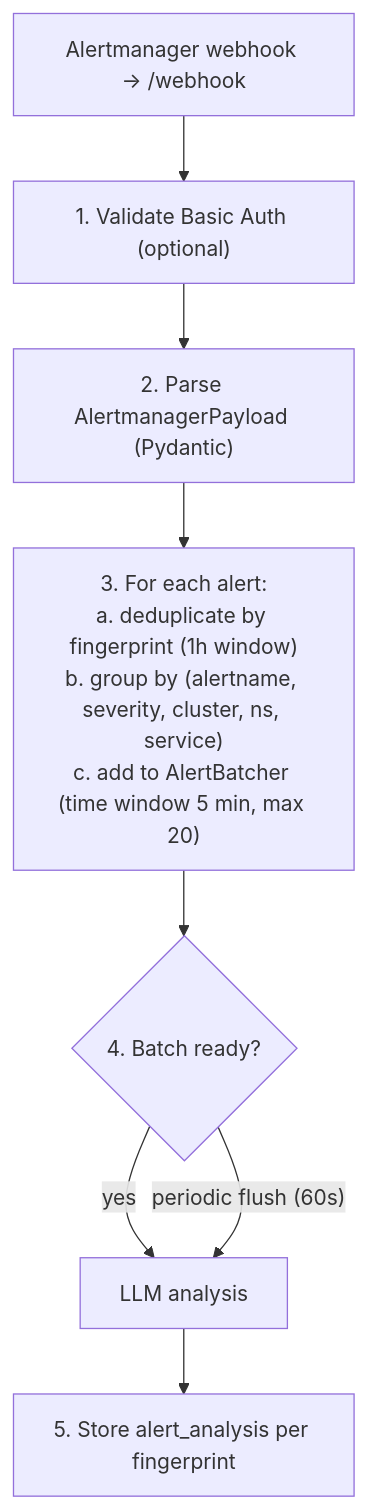
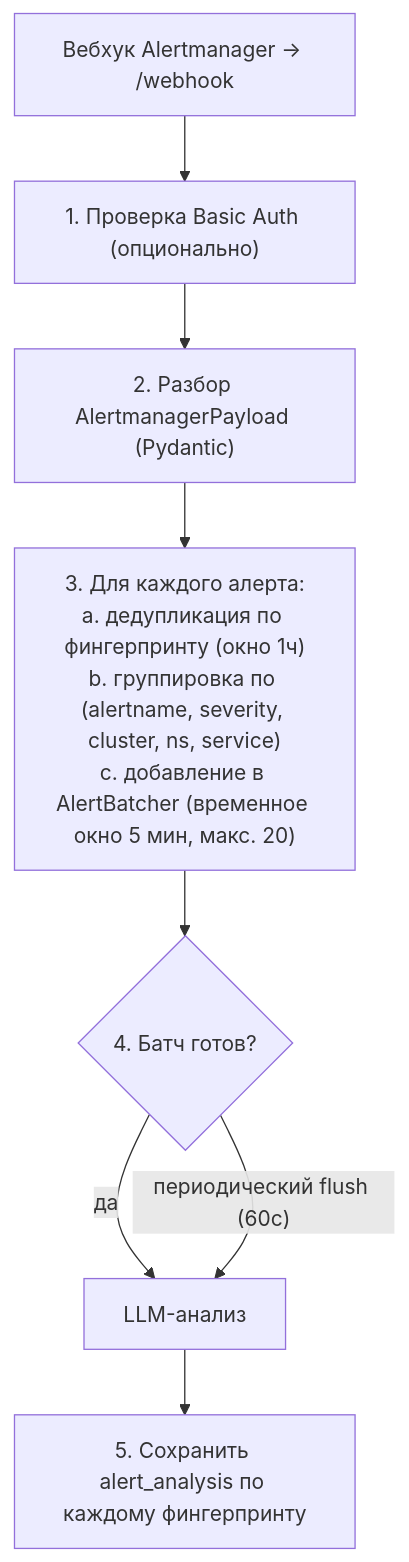
One commit to KatenKyoukotsu/auto-sre changed the fourth of 4 diagrams in docs/architecture.md. Above: the diagram before and after it, drawn with Mermaid. The commit also changed other lines of this file and 5 other files, not shown here.

````diff
--- a/docs/architecture.md
+++ b/docs/architecture.md
@@ -92,11 +92,11 @@
 ```mermaid
 flowchart TD
-    W["Alertmanager webhook → /webhook"]
-    W --> A["1. Validate Basic Auth (optional)"]
-    A --> B["2. Parse AlertmanagerPayload (Pydantic)"]
-    B --> C["3. For each alert:<br/>a. deduplicate by fingerprint (1h window)<br/>b. group by (alertname, severity, cluster, ns, service)<br/>c. add to AlertBatcher (time window 5 min, max 20)"]
-    C --> D{"4. Batch ready?"}
-    D -- yes --> E["LLM analysis"]
-    D -- "periodic flush (60s)" --> E
-    E --> F["5. Store alert_analysis per fingerprint"]
+    W["Вебхук Alertmanager → /webhook"]
+    W --> A["1. Проверка Basic Auth (опционально)"]
+    A --> B["2. Разбор AlertmanagerPayload (Pydantic)"]
+    B --> C["3. Для каждого алерта:<br/>a. дедупликация по фингерпринту (окно 1ч)<br/>b. группировка по (alertname, severity, cluster, ns, service)<br/>c. добавление в AlertBatcher (временное окно 5 мин, макс. 20)"]
+    C --> D{"4. Батч готов?"}
+    D -- да --> E["LLM-анализ"]
+    D -- "периодический flush (60с)" --> E
+    E --> F["5. Сохранить alert_analysis по каждому фингерпринту"]
 ```
````
